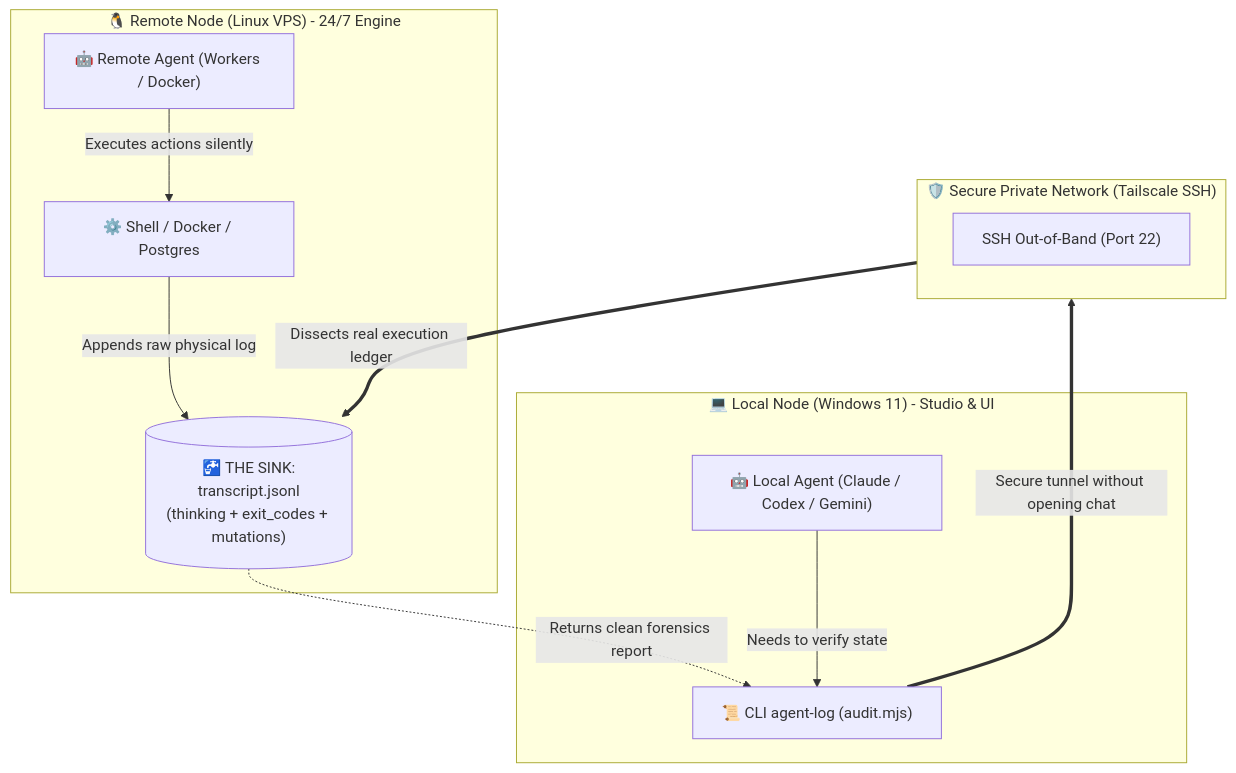
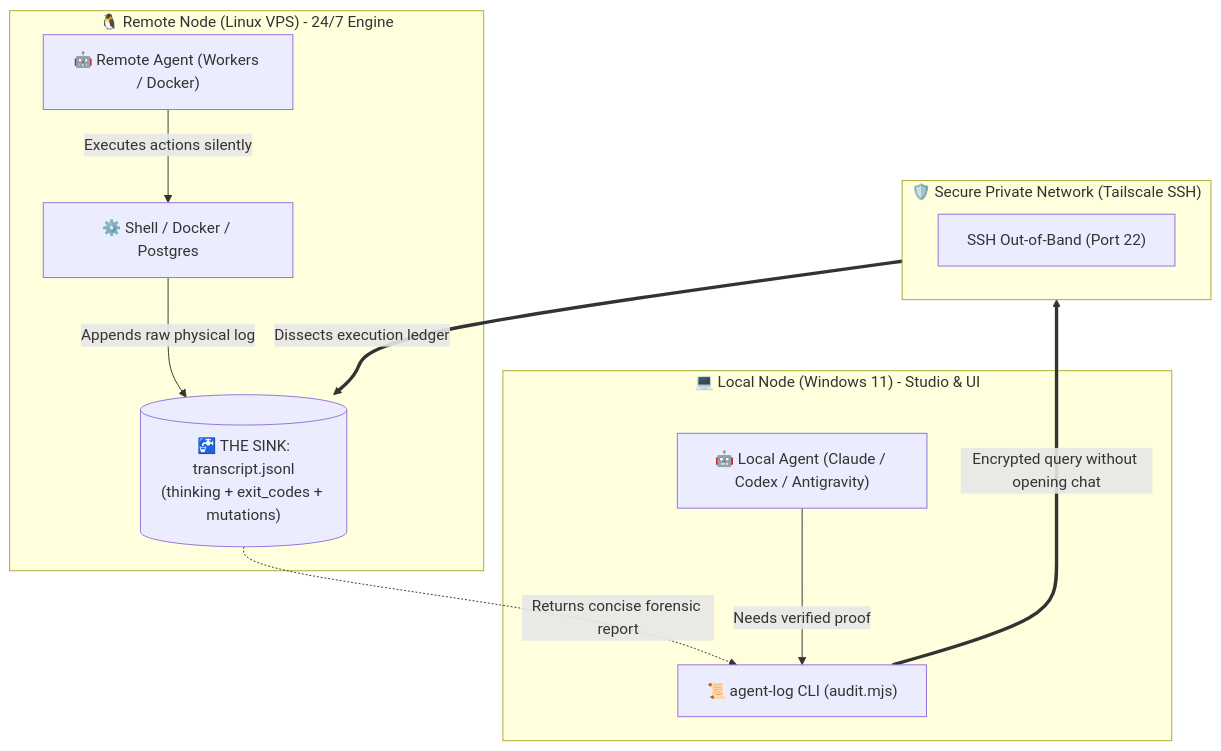
Before and after one commit to Gabrielrtads/agent-log: the second of 4 diagrams in README.md, drawn with Mermaid. The commit also changed other lines of this file and 1 other file, not shown here.

````diff
--- a/README.md
+++ b/README.md
@@ -49,26 +56,26 @@
 ```mermaid
 flowchart TD
     subgraph Windows["💻 Local Node (Windows 11) - Studio & UI"]
-        AgentLocal["🤖 Local Agent (Claude / Codex / Gemini)"]
-        AgentLogCLI["📜 CLI agent-log (audit.mjs)"]
-        AgentLocal -->|Needs to verify state| AgentLogCLI
+        AgentLocal["🤖 Local Agent (Claude / Codex / Antigravity)"]
+        AgentLogCLI["📜 agent-log CLI (audit.mjs)"]
+        AgentLocal -->|Needs verified proof| AgentLogCLI
     end
 
     subgraph Tunnel["🛡️ Secure Private Network (Tailscale SSH)"]
         direction LR
         SSHOut["SSH Out-of-Band (Port 22)"]
     end
 
     subgraph VPS["🐧 Remote Node (Linux VPS) - 24/7 Engine"]
         AgentVPS["🤖 Remote Agent (Workers / Docker)"]
         TerminalOS["⚙️ Shell / Docker / Postgres"]
         SinkLog[("🚰 THE SINK:\ntranscript.jsonl\n(thinking + exit_codes + mutations)")]
         
         AgentVPS -->|Executes actions silently| TerminalOS
         TerminalOS -->|Appends raw physical log| SinkLog
     end
 
-    AgentLogCLI ==>|Secure tunnel without opening chat| SSHOut
-    SSHOut ==>|Dissects real execution ledger| SinkLog
-    SinkLog -.->|Returns clean forensics report| AgentLogCLI
+    AgentLogCLI ==>|Encrypted query without opening chat| SSHOut
+    SSHOut ==>|Dissects execution ledger| SinkLog
+    SinkLog -.->|Returns concise forensic report| AgentLogCLI
 ```
````
